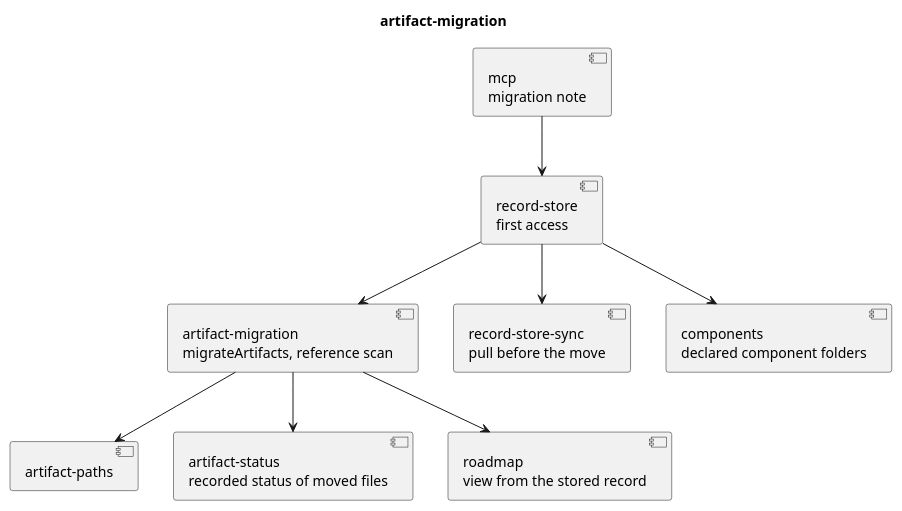
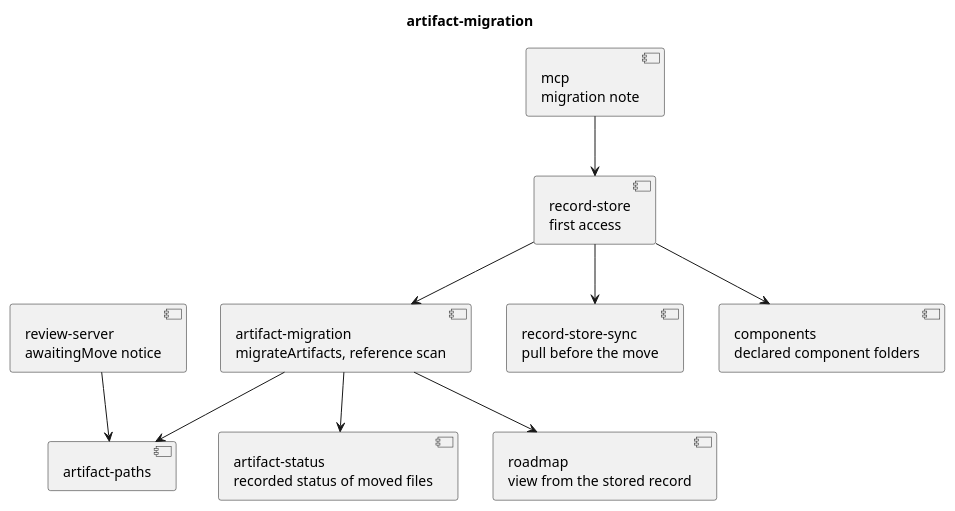
One commit to RumyantsevMichael/Prism changed the diagram in docs/plans/workspace-artifacts/artifact-migration/code.puml. Above: the diagram before and after it, drawn with PlantUML. The commit also changed 3 other files, not shown here.

```diff
--- a/docs/plans/workspace-artifacts/artifact-migration/code.puml
+++ b/docs/plans/workspace-artifacts/artifact-migration/code.puml
@@ -1,20 +1,22 @@
 @startuml
 title artifact-migration
 
 component "record-store\nfirst access" as store
 component "artifact-migration\nmigrateArtifacts, reference scan" as migration
 component "artifact-paths" as paths
 component "artifact-status\nrecorded status of moved files" as status
 component "mcp\nmigration note" as mcp
 component "roadmap\nview from the stored record" as roadmap
+component "review-server\nawaitingMove notice" as review
 component "record-store-sync\npull before the move" as sync
 component "components\ndeclared component folders" as components
 
 store --> migration
 migration --> paths
 migration --> status
 migration --> roadmap
 store --> sync
 store --> components
 mcp --> store
+review --> paths
 @enduml
```
